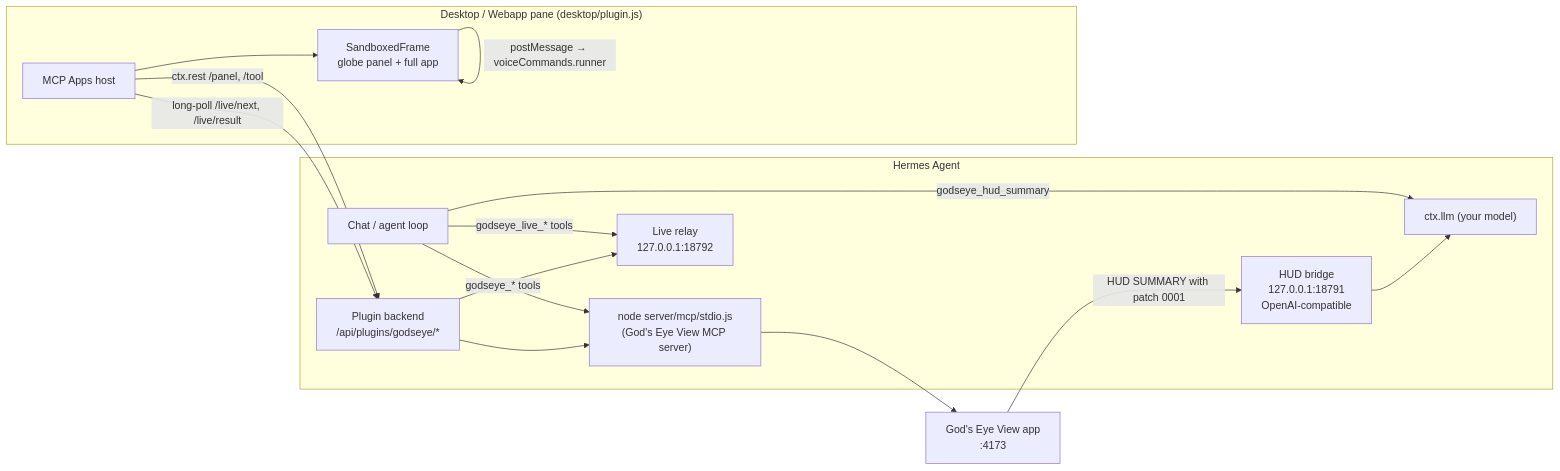
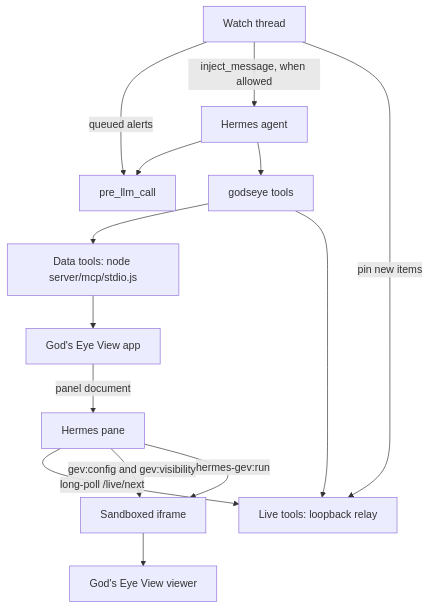
The diagram in README.md (mojomast/EOH), drawn with Mermaid before and after one commit. The commit also changed other lines of this file and 4 other files, not shown here.

First line of the commit message:
Rewrite the Eye Of Hermes README for v0.2

````diff
--- a/README.md
+++ b/README.md
@@ -189,19 +74,16 @@
 ```mermaid
-flowchart LR
-  subgraph Hermes["Hermes Agent"]
-    Chat["Chat / agent loop"] -->|godseye_* tools| MCP
-    Chat -->|godseye_live_* tools| Relay
-    Chat -->|godseye_hud_summary| LLM["ctx.llm (your model)"]
-    API["Plugin backend<br/>/api/plugins/godseye/*"]
-    Relay["Live relay<br/>127.0.0.1:18792"]
-    Bridge["HUD bridge<br/>127.0.0.1:18791<br/>OpenAI-compatible"] --> LLM
-  end
-  MCP["node server/mcp/stdio.js<br/>(God's Eye View MCP server)"] --> GEV["God's Eye View app<br/>:4173"]
-  subgraph Pane["Desktop / Webapp pane (desktop/plugin.js)"]
-    Host["MCP Apps host"] --> Frame["SandboxedFrame<br/>globe panel + full app"]
-  end
-  Host -->|ctx.rest /panel, /tool| API --> MCP
-  Host -->|long-poll /live/next, /live/result| API --> Relay
-  Frame -->|postMessage → voiceCommands.runner| Frame
-  GEV -->|HUD SUMMARY with patch 0001| Bridge
+flowchart TB
+  Agent["Hermes agent"] --> Hook["pre_llm_call"]
+  Agent --> Tools["godseye tools"]
+  Tools --> MCP["Data tools: node server/mcp/stdio.js"]
+  MCP --> App["God's Eye View app"]
+  Tools --> Relay["Live tools: loopback relay"]
+  Pane["Hermes pane"] -->|"long-poll /live/next"| Relay
+  Pane -->|"gev:config and gev:visibility"| Frame["Sandboxed iframe"]
+  Pane -->|"hermes-gev:run"| Frame
+  App -->|"panel document"| Pane
+  Frame --> View["God's Eye View viewer"]
+  Watch["Watch thread"] -->|"queued alerts"| Hook
+  Watch -->|"inject_message, when allowed"| Agent
+  Watch -->|"pin new items"| Relay
 ```
````
